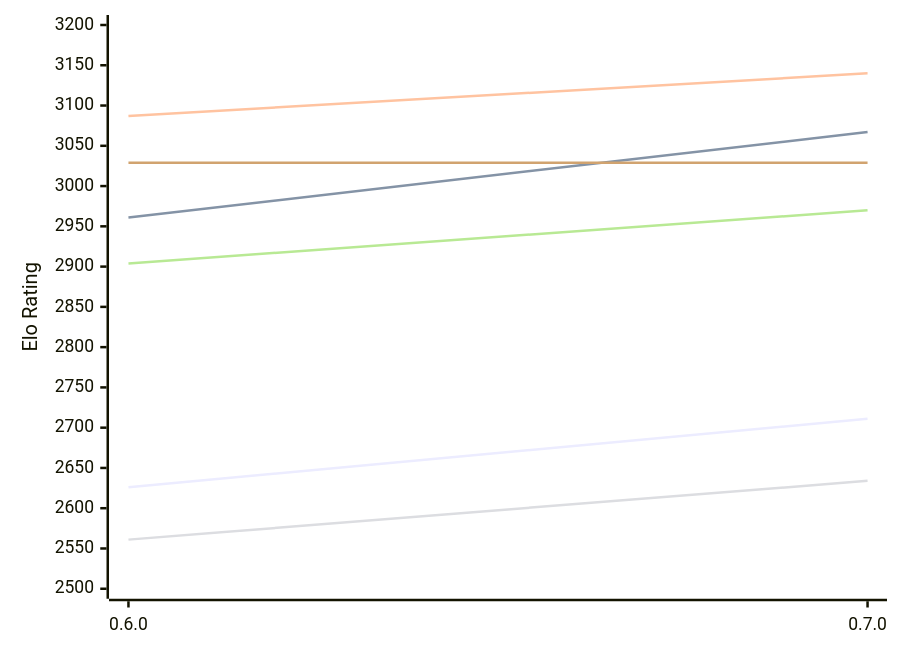
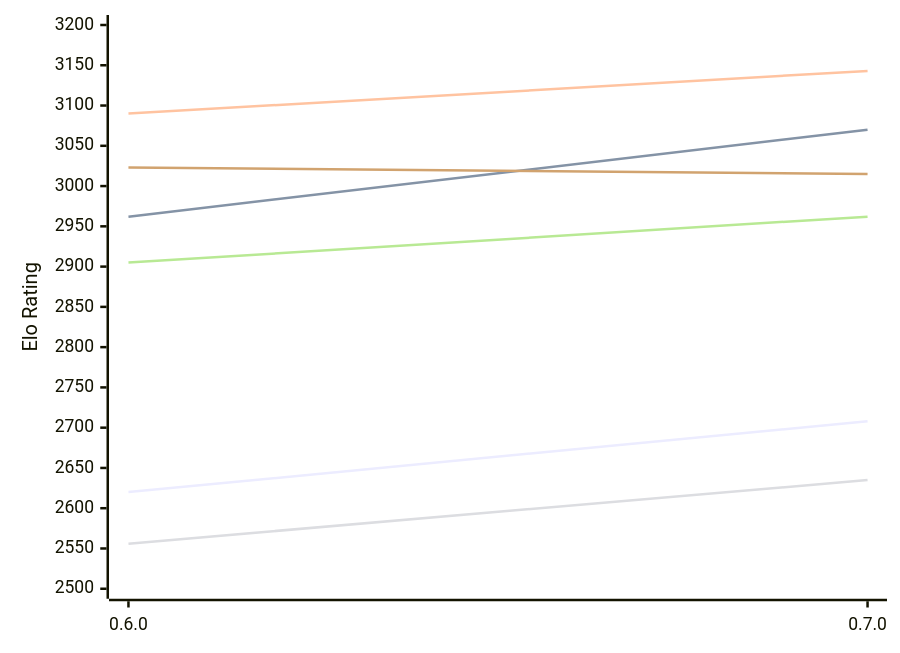
Before and after one commit to computer-chess-index/cci: the first of 2 diagrams in engines/AteNika.md, drawn with Mermaid. The commit also changed other lines of this file, not shown here.

Commit message:
Update CCI Ratings (ELO VLTC) - 2026-11-15

````diff
--- a/engines/AteNika.md
+++ b/engines/AteNika.md
@@ -52,12 +52,12 @@
 ```mermaid
 %%{init: {"theme":"base","themeVariables":{"seriesColors:['#a3a3a3','#222221','#faa371']}}}%%
 xychart-beta
   x-axis ["0.6.0", "0.7.0"]
   y-axis "Elo Rating" 2500 --> 3200
-  line "E1: STC (8.0+0.08s)" [2626, 2711]
-  line "E1: LTC (60.0+0.60s)" [2961, 3067]
-  line "E1: VLTC (2m24s+1.12s)" [3087, 3140]
-  line "P1: STC (8.0+0.08s)" [2561, 2634]
-  line "P1: LTC (60.0+0.60s)" [2904, 2970]
-  line "P1: VLTC (2m24s+1.12s)" [3029, 3029]
+  line "E1: STC (8.0+0.08s)" [2620, 2708]
+  line "E1: LTC (60.0+0.60s)" [2962, 3070]
+  line "E1: VLTC (2m24s+1.12s)" [3090, 3143]
+  line "P1: STC (8.0+0.08s)" [2556, 2635]
+  line "P1: LTC (60.0+0.60s)" [2905, 2962]
+  line "P1: VLTC (2m24s+1.12s)" [3023, 3015]
 ```
````
